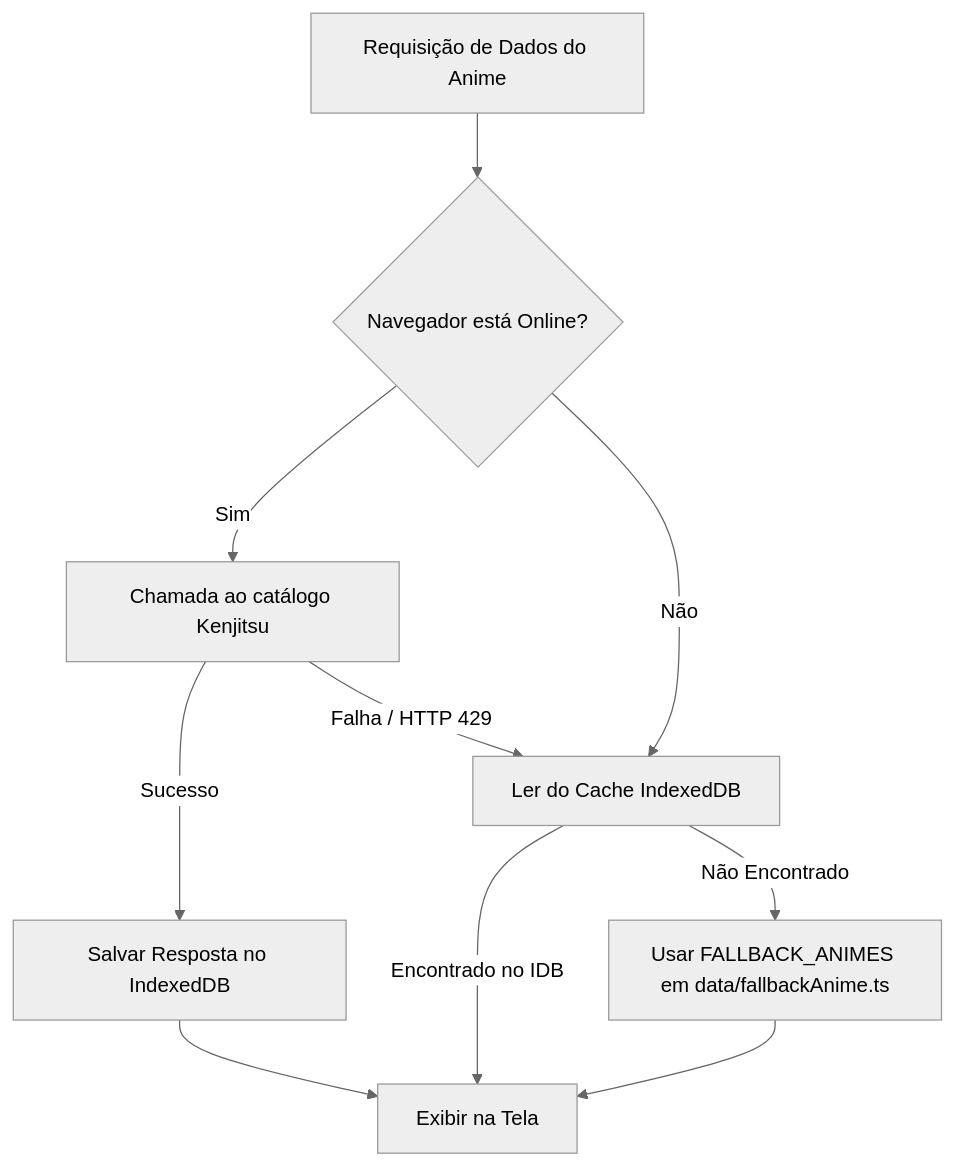
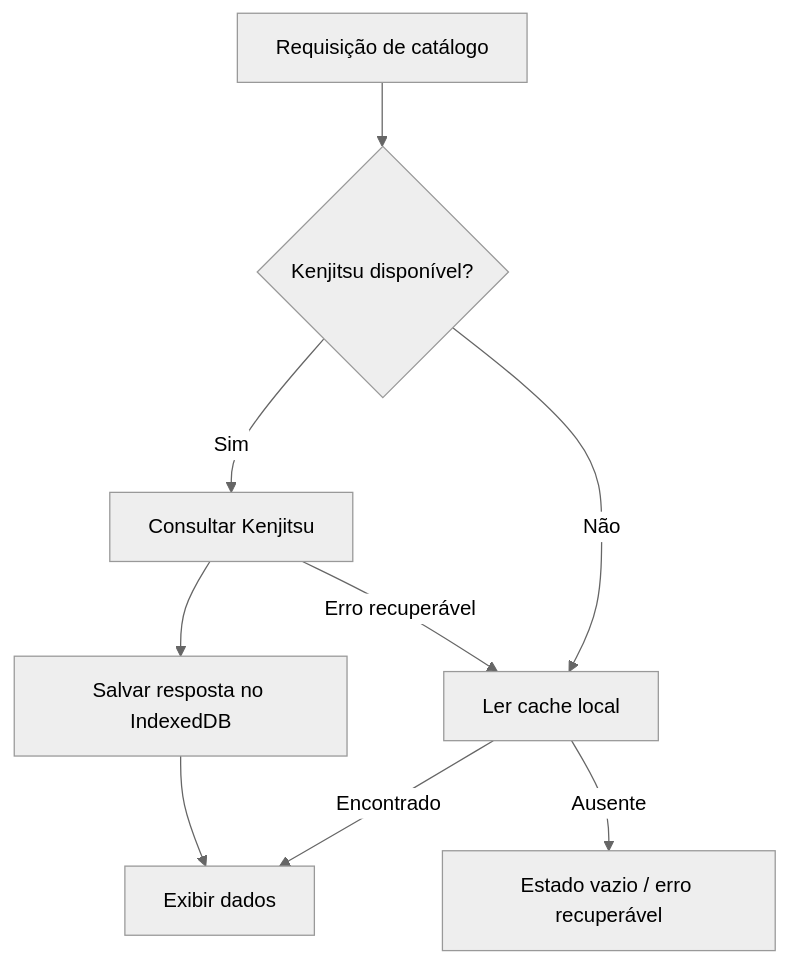
Before and after one commit to eosoda/anistream: the diagram in docs/07-OFFLINE-E-CACHE-IDB.md, drawn with Mermaid (neutral theme). The commit also changed other lines of this file and 14 other files, not shown here.

````diff
--- a/docs/07-OFFLINE-E-CACHE-IDB.md
+++ b/docs/07-OFFLINE-E-CACHE-IDB.md
@@ -32,10 +25,11 @@
 ```mermaid
-graph TD
-    Req[Requisição de Dados do Anime] --> OnlineCheck{Navegador está Online?}
-    OnlineCheck -- Sim --> FetchAPI[Chamada ao catálogo Kenjitsu]
-    FetchAPI -- Sucesso --> SaveIDB[Salvar Resposta no IndexedDB] --> ReturnData[Exibir na Tela]
-    FetchAPI -- Falha / HTTP 429 --> ReadIDB[Ler do Cache IndexedDB]
-    OnlineCheck -- Não --> ReadIDB
-    ReadIDB -- Encontrado no IDB --> ReturnData
-    ReadIDB -- Não Encontrado --> FallbackData[Usar FALLBACK_ANIMES em data/fallbackAnime.ts] --> ReturnData
+flowchart TD
+    Request["Requisição de catálogo"] --> Online{"Kenjitsu disponível?"}
+    Online -- Sim --> Fetch["Consultar Kenjitsu"]
+    Fetch --> Save["Salvar resposta no IndexedDB"]
+    Save --> Render["Exibir dados"]
+    Online -- Não --> Read["Ler cache local"]
+    Fetch -- Erro recuperável --> Read
+    Read -- Encontrado --> Render
+    Read -- Ausente --> Empty["Estado vazio / erro recuperável"]
 ```
````
